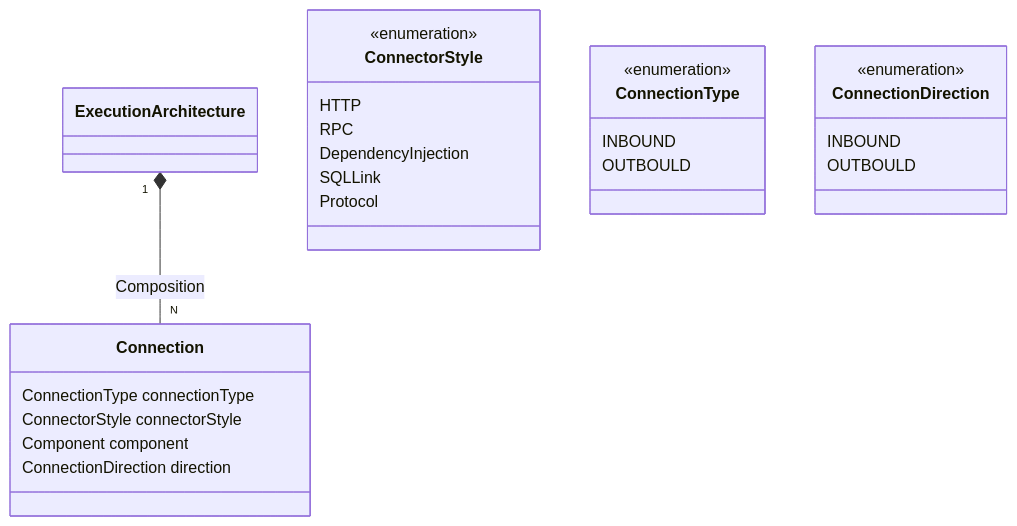
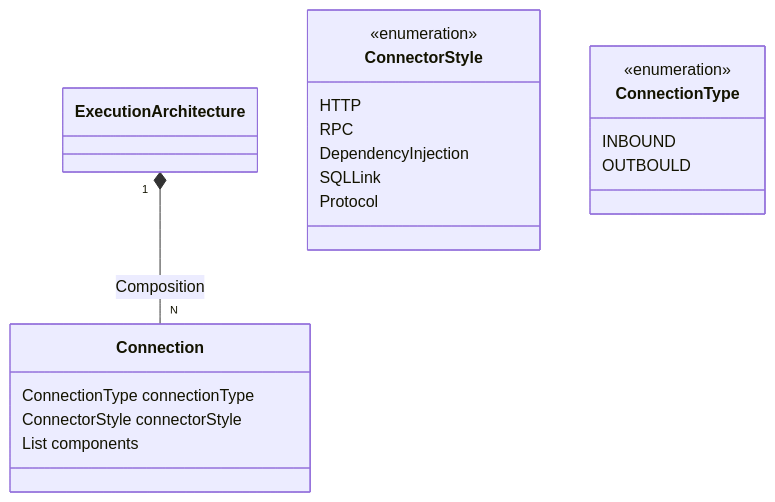
One commit to archguard/archguard-wiki changed the third of 4 diagrams in architecture/ArchitectureView.md. Above: the diagram before and after it, drawn with Mermaid. The commit also changed other lines of this file, not shown here.

````diff
--- a/architecture/ArchitectureView.md
+++ b/architecture/ArchitectureView.md
@@ -116,38 +144,31 @@
 ```mermaid
 classDiagram
 
 class ExecutionArchitecture {
  
 }
 
 class Connection {
 	ConnectionType connectionType
 	ConnectorStyle connectorStyle
-	Component component
-	ConnectionDirection direction
+	List<Component> components
 }
 
 class ConnectorStyle {
 	<<enumeration>>
 	HTTP
 	RPC
 	DependencyInjection
 	SQLLink
 	Protocol
 }
 
 class ConnectionType {
 	 <<enumeration>>
 	 INBOUND
 	 OUTBOULD
 }
 
-class ConnectionDirection {
-	 <<enumeration>>
-	 INBOUND
-	 OUTBOULD
-}
-
 ExecutionArchitecture "1" *-- "N" Connection : Composition
 
 ```
````
